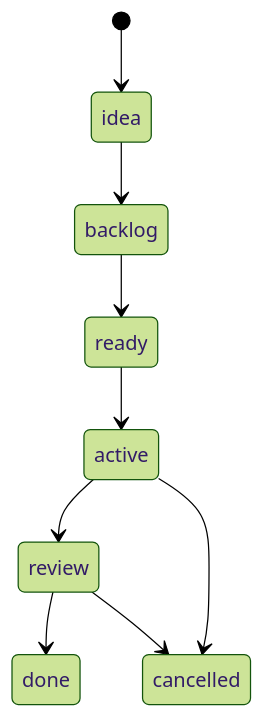
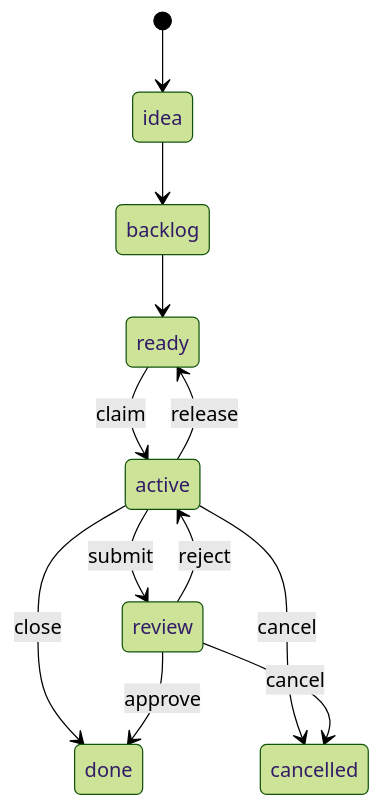
Before and after one commit to eve-horizon/eve-horizon-docs: the diagram in website/docs/reference/job-api.md, drawn with Mermaid (forest theme). The commit also changed other lines of this file and 38 other files, not shown here.

````diff
--- a/website/docs/reference/job-api.md
+++ b/website/docs/reference/job-api.md
@@ -13,11 +40,14 @@
 ```mermaid
 stateDiagram-v2
     [*] --> idea
     idea --> backlog
     backlog --> ready
-    ready --> active
-    active --> review
-    review --> done
-    active --> cancelled
-    review --> cancelled
+    ready --> active : claim
+    active --> review : submit
+    active --> done : close
+    active --> cancelled : cancel
+    review --> done : approve
+    review --> active : reject
+    review --> cancelled : cancel
+    active --> ready : release
 ```
````
